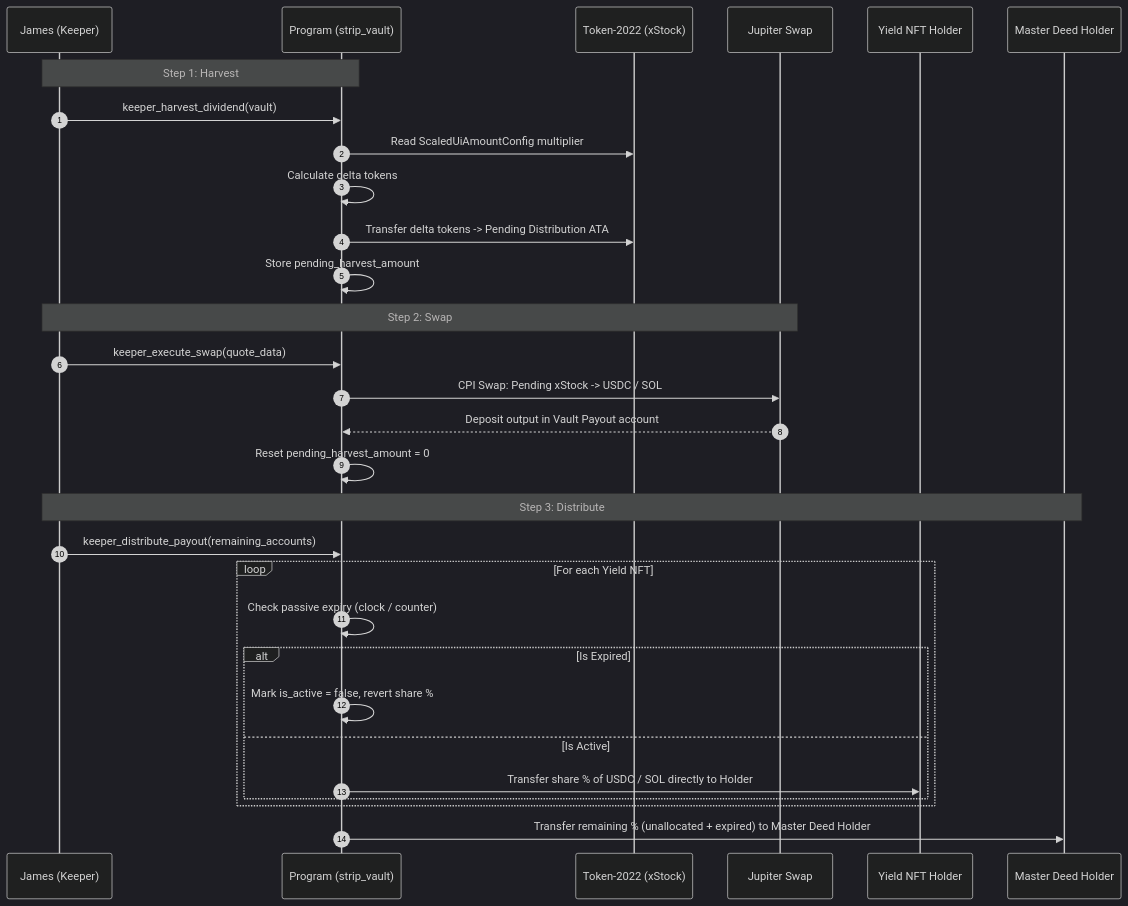
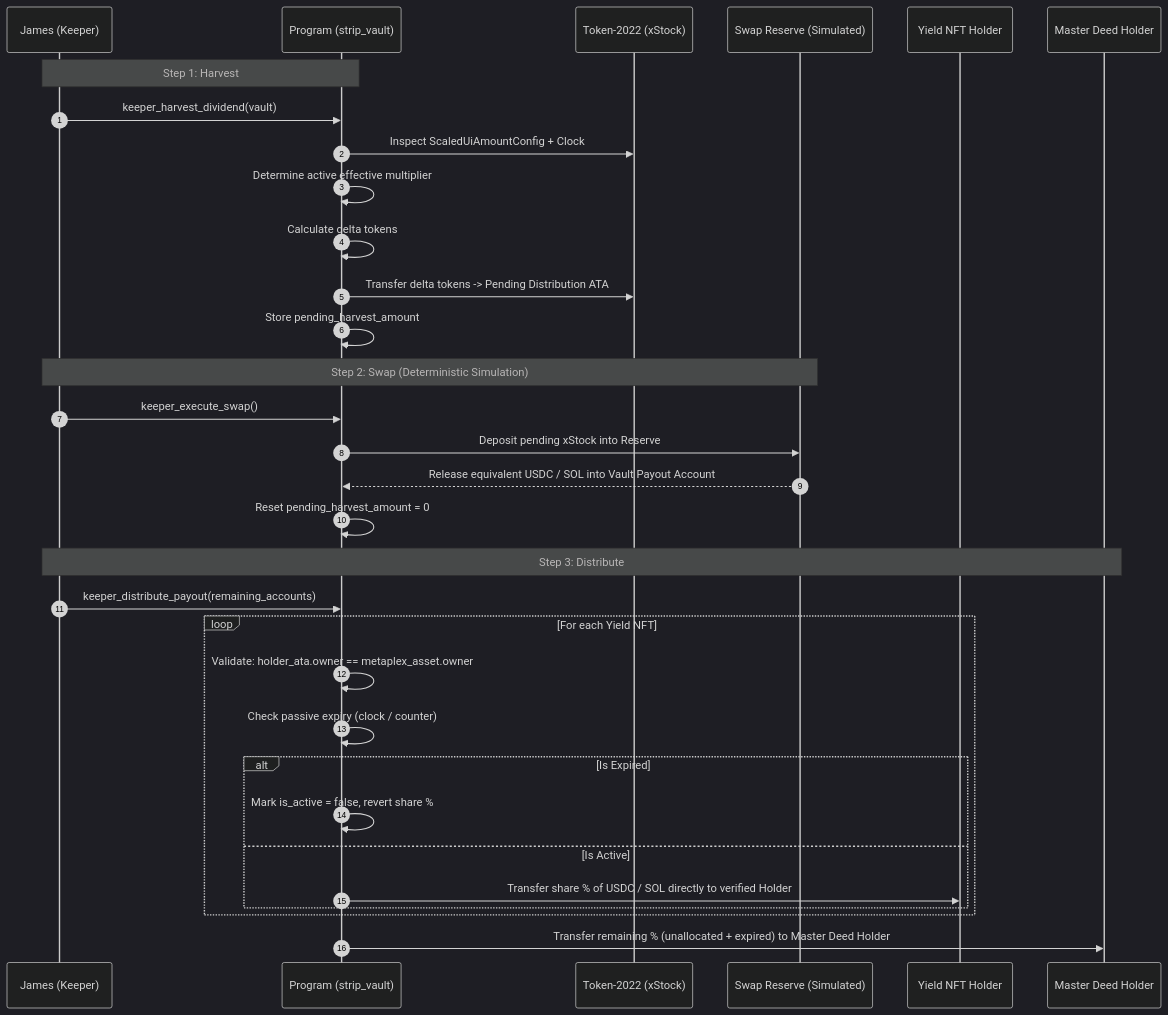
One commit to Nebulaz7/Divvyr changed the diagram in PLAN_CONTRACTS.md. Above: the diagram before and after it, drawn with Mermaid (dark theme). The commit also changed other lines of this file, not shown here.

Commit message:
Update contract plan for delegated burns and simulated swaps

````diff
--- a/PLAN_CONTRACTS.md
+++ b/PLAN_CONTRACTS.md
@@ -182,35 +193,37 @@
 ```mermaid
 sequenceDiagram
     autonumber
     participant K as James (Keeper)
     participant P as Program (strip_vault)
     participant T as Token-2022 (xStock)
-    participant J as Jupiter Swap
+    participant S as Swap Reserve (Simulated)
     participant R as Yield NFT Holder
     participant M as Master Deed Holder
 
     Note over K, P: Step 1: Harvest
     K->>P: keeper_harvest_dividend(vault)
-    P->>T: Read ScaledUiAmountConfig multiplier
+    P->>T: Inspect ScaledUiAmountConfig + Clock
+    P->>P: Determine active effective multiplier
     P->>P: Calculate delta tokens
     P->>T: Transfer delta tokens -> Pending Distribution ATA
     P->>P: Store pending_harvest_amount
 
-    Note over K, J: Step 2: Swap
-    K->>P: keeper_execute_swap(quote_data)
-    P->>J: CPI Swap: Pending xStock -> USDC / SOL
-    J-->>P: Deposit output in Vault Payout account
+    Note over K, S: Step 2: Swap (Deterministic Simulation)
+    K->>P: keeper_execute_swap()
+    P->>S: Deposit pending xStock into Reserve
+    S-->>P: Release equivalent USDC / SOL into Vault Payout Account
     P->>P: Reset pending_harvest_amount = 0
 
     Note over K, M: Step 3: Distribute
     K->>P: keeper_distribute_payout(remaining_accounts)
     loop For each Yield NFT
+        P->>P: Validate: holder_ata.owner == metaplex_asset.owner
         P->>P: Check passive expiry (clock / counter)
         alt Is Expired
             P->>P: Mark is_active = false, revert share %
         else Is Active
-            P->>R: Transfer share % of USDC / SOL directly to Holder
+            P->>R: Transfer share % of USDC / SOL directly to verified Holder
         end
     end
     P->>M: Transfer remaining % (unallocated + expired) to Master Deed Holder
 ```
````
